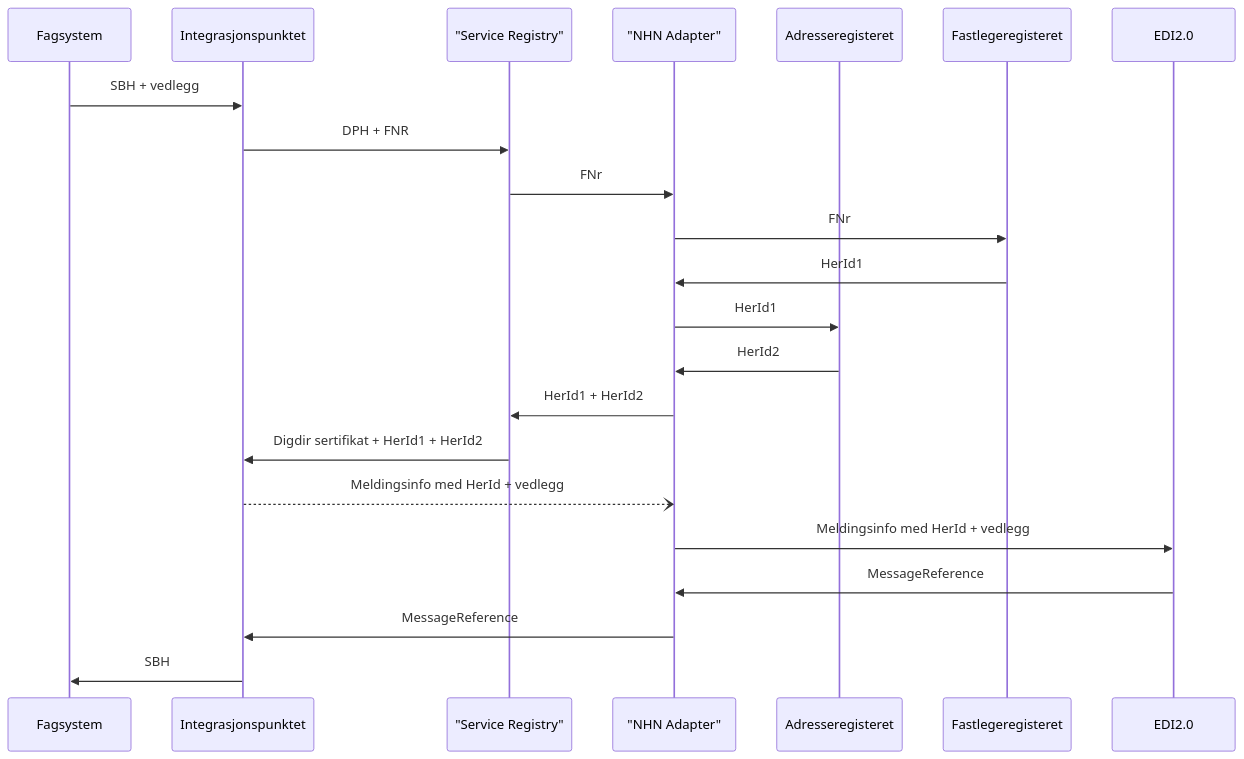
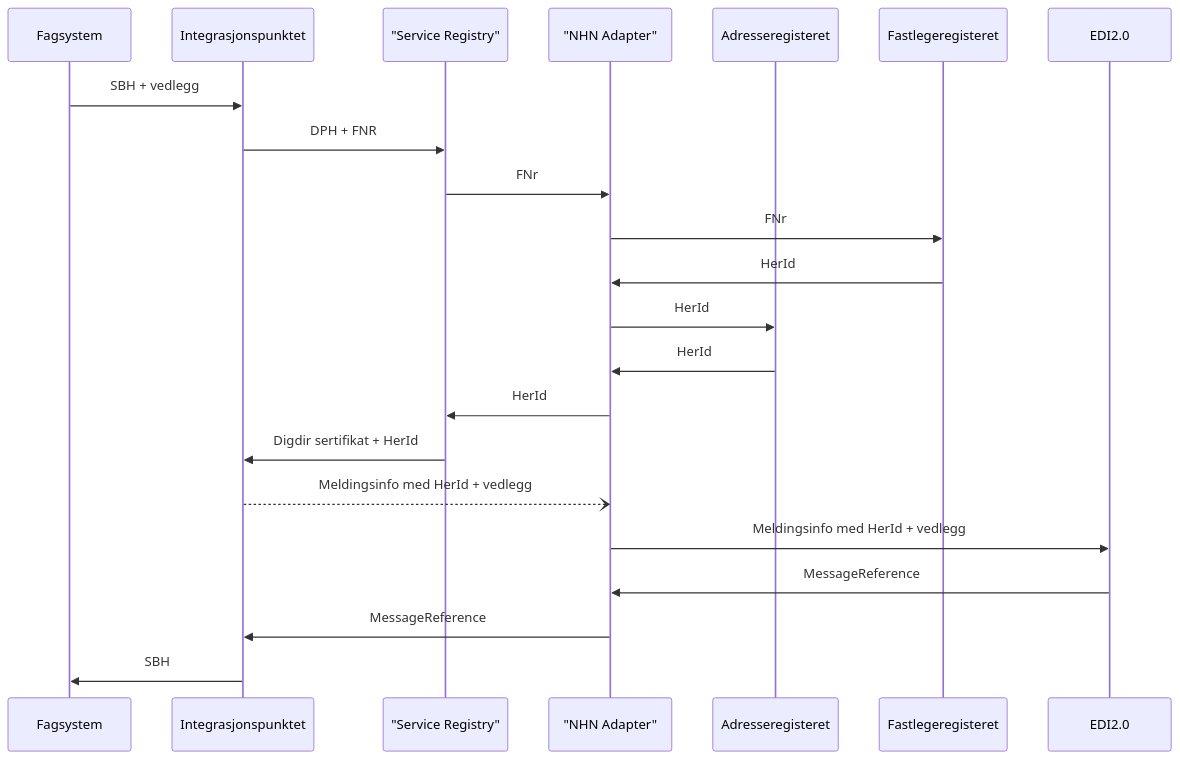
One commit to felleslosninger/efm-nhn-adapter changed the second of 4 diagrams in README.md. Above: the diagram before and after it, drawn with Mermaid. The commit also changed other lines of this file, not shown here.

Commit message:
MOVE-4957 Tilpasse meldingsflyten i NHN-adapter til eksisterande meldingstypar

````diff
--- a/README.md
+++ b/README.md
@@ -28,24 +76,24 @@
 ```mermaid
 sequenceDiagram
     participant Fagsystem
     participant Integrasjonspunktet
     participant "Service Registry"
     participant "NHN Adapter"
     participant Adresseregisteret
     participant Fastlegeregisteret
     participant EDI2.0
     Fagsystem ->> Integrasjonspunktet: SBH + vedlegg 
     Integrasjonspunktet ->> "Service Registry": DPH + FNR
     "Service Registry" ->> "NHN Adapter": FNr
     "NHN Adapter" ->> Fastlegeregisteret: FNr
-    Fastlegeregisteret ->> "NHN Adapter" : HerId1
-    "NHN Adapter" ->> Adresseregisteret: HerId1
-    Adresseregisteret ->> "NHN Adapter": HerId2 
-    "NHN Adapter" ->> "Service Registry": HerId1 + HerId2 
-    "Service Registry" ->> Integrasjonspunktet: Digdir sertifikat + HerId1 + HerId2
+    Fastlegeregisteret ->> "NHN Adapter" : HerId
+    "NHN Adapter" ->> Adresseregisteret: HerId
+    Adresseregisteret ->> "NHN Adapter": HerId 
+    "NHN Adapter" ->> "Service Registry": HerId 
+    "Service Registry" ->> Integrasjonspunktet: Digdir sertifikat + HerId
     Integrasjonspunktet --) "NHN Adapter": Meldingsinfo med HerId + vedlegg
     "NHN Adapter" ->> EDI2.0: Meldingsinfo med HerId + vedlegg
     EDI2.0 ->> "NHN Adapter": MessageReference
     "NHN Adapter" ->> Integrasjonspunktet: MessageReference
     Integrasjonspunktet ->> Fagsystem: SBH
 ```
````
